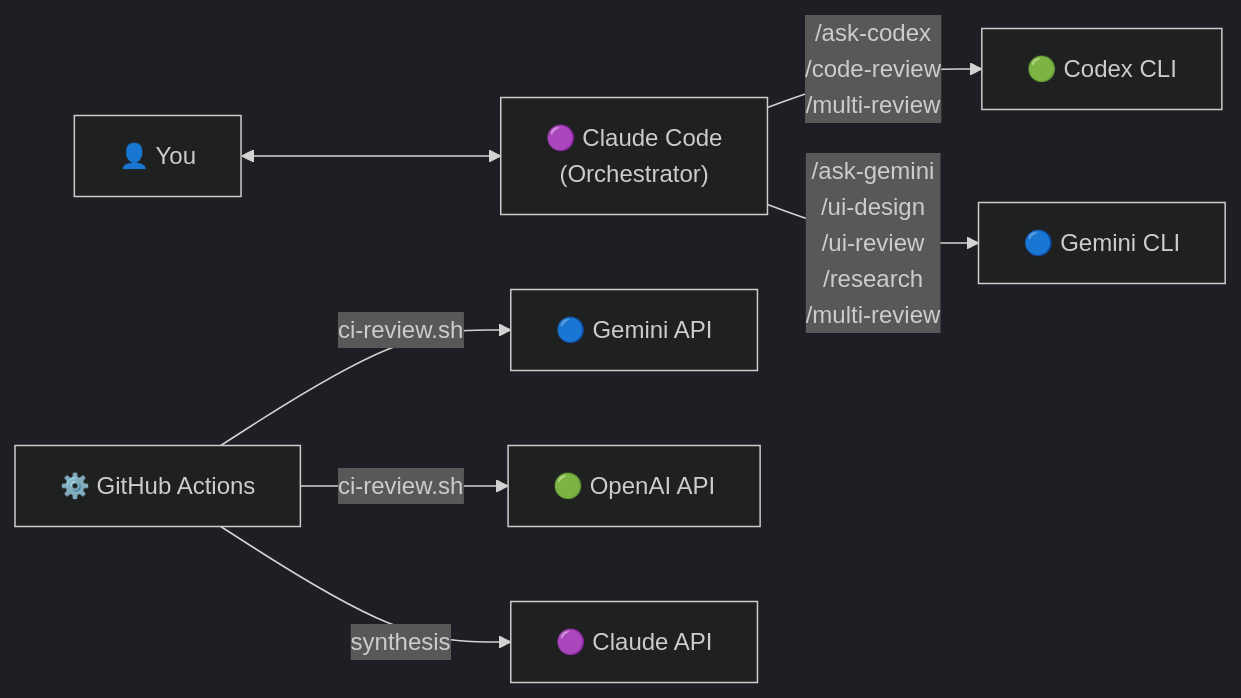
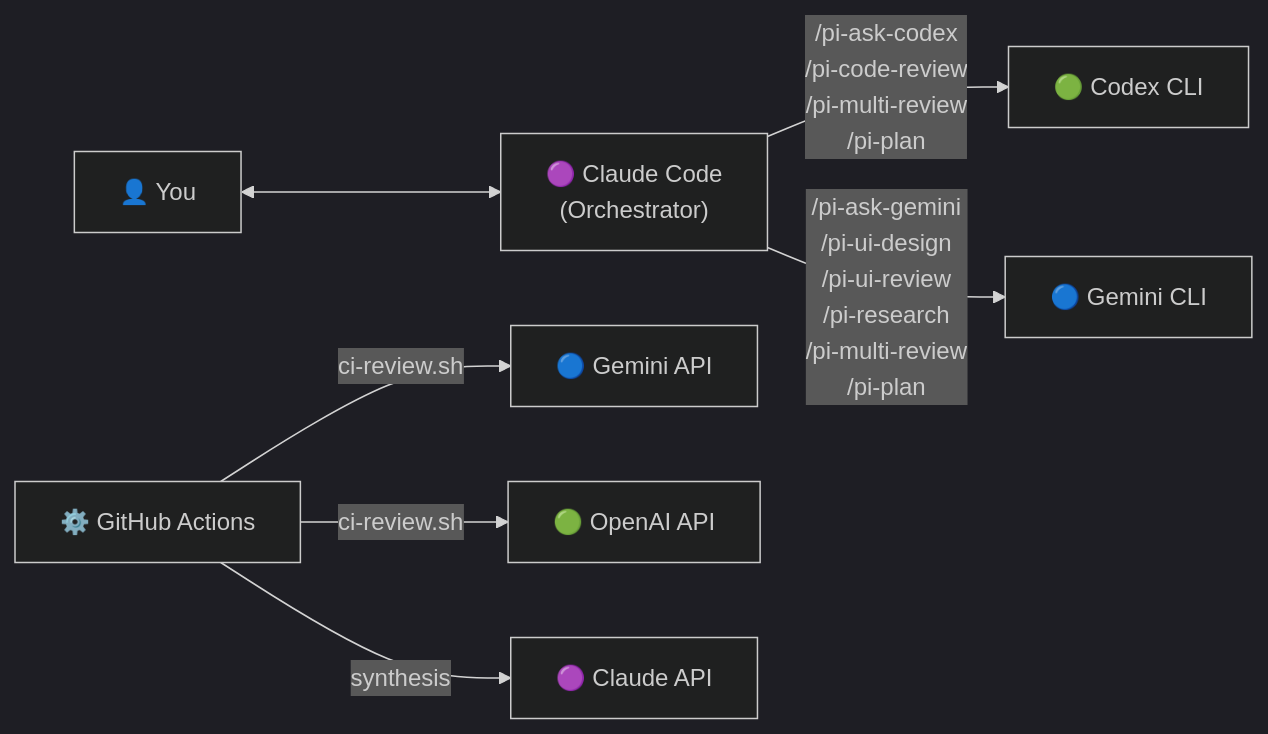
Before and after one commit to tznthou/claude-prism: the diagram in README.md, drawn with Mermaid (dark theme). The commit also changed other lines of this file and 17 other files, not shown here.

````diff
--- a/README.md
+++ b/README.md
@@ -116,9 +139,9 @@
 ```mermaid
 flowchart LR
     User["👤 You"] <--> Claude["🟣 Claude Code\n(Orchestrator)"]
-    Claude -->|"/ask-codex\n/code-review\n/multi-review"| Codex["🟢 Codex CLI"]
-    Claude -->|"/ask-gemini\n/ui-design\n/ui-review\n/research\n/multi-review"| Gemini["🔵 Gemini CLI"]
+    Claude -->|"/pi-ask-codex\n/pi-code-review\n/pi-multi-review\n/pi-plan"| Codex["🟢 Codex CLI"]
+    Claude -->|"/pi-ask-gemini\n/pi-ui-design\n/pi-ui-review\n/pi-research\n/pi-multi-review\n/pi-plan"| Gemini["🔵 Gemini CLI"]
     CI["⚙️ GitHub Actions"] -->|"ci-review.sh"| GeminiAPI["🔵 Gemini API"]
     CI -->|"ci-review.sh"| OpenAIAPI["🟢 OpenAI API"]
     CI -->|"synthesis"| ClaudeAPI["🟣 Claude API"]
 ```
````
